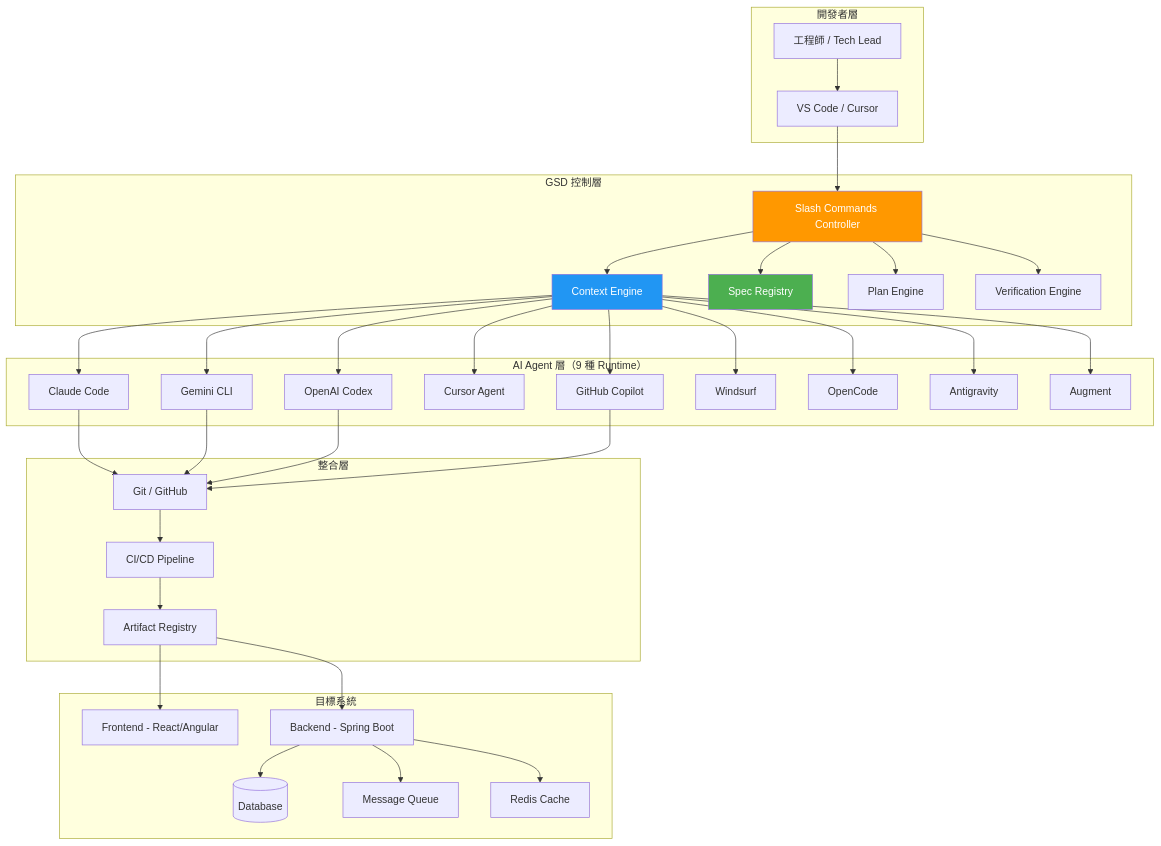
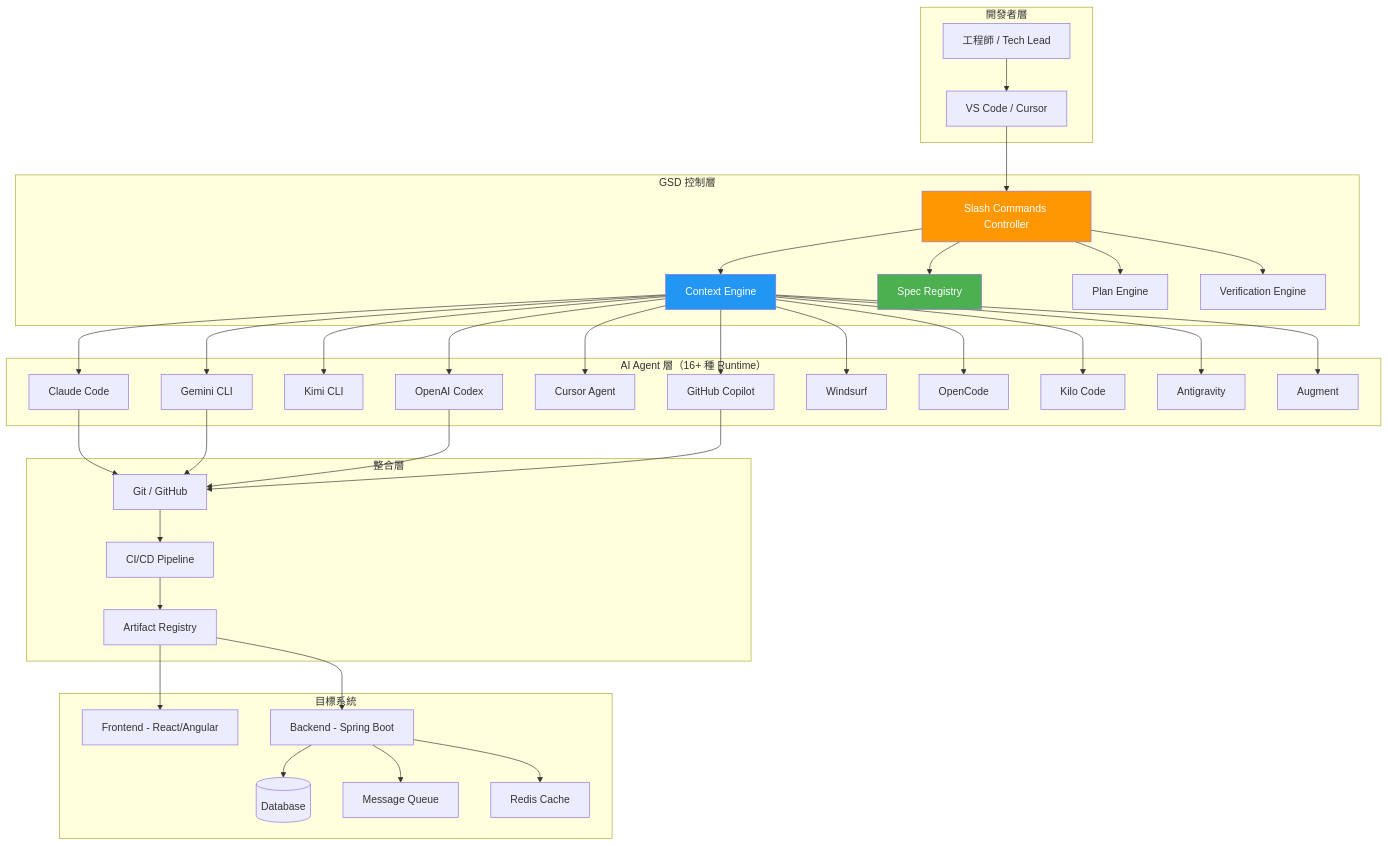
Before and after one commit to chihhung/Blog: the seventh of 27 diagrams in content/posts/教學/AI開發/get-shit-done(GSD)教學手冊.md, drawn with Mermaid. The commit also changed other lines of this file and 22 other files, not shown here.

````diff
--- a/content/posts/教學/AI開發/get-shit-done(GSD)教學手冊.md
+++ b/content/posts/教學/AI開發/get-shit-done(GSD)教學手冊.md
@@ -716,75 +842,79 @@
 ```mermaid
 graph TB
     subgraph "開發者層"
         Dev[工程師 / Tech Lead]
         IDE[VS Code / Cursor]
     end
     
     subgraph "GSD 控制層"
         CMD[Slash Commands Controller]
         CTX[Context Engine]
         SPEC[Spec Registry]
         PLAN[Plan Engine]
         VER[Verification Engine]
     end
     
-    subgraph "AI Agent 層（9 種 Runtime）"
+    subgraph "AI Agent 層（16+ 種 Runtime）"
         Claude[Claude Code]
         Gemini[Gemini CLI]
+        Kimi[Kimi CLI]
         Codex[OpenAI Codex]
         Cursor[Cursor Agent]
         Copilot[GitHub Copilot]
         Windsurf[Windsurf]
         OpenCode[OpenCode]
+        Kilo[Kilo Code]
         Antigravity[Antigravity]
         Augment[Augment]
     end
     
     subgraph "整合層"
         Git[Git / GitHub]
         CI[CI/CD Pipeline]
         Artifact[Artifact Registry]
     end
     
     subgraph "目標系統"
         FE[Frontend - React/Angular]
         BE[Backend - Spring Boot]
         DB[(Database)]
         MQ[Message Queue]
         Cache[Redis Cache]
     end
     
     Dev --> IDE
     IDE --> CMD
     CMD --> CTX
     CMD --> SPEC
     CMD --> PLAN
     CMD --> VER
     
     CTX --> Claude
     CTX --> Gemini
+    CTX --> Kimi
     CTX --> Codex
     CTX --> Cursor
     CTX --> Copilot
     CTX --> Windsurf
     CTX --> OpenCode
+    CTX --> Kilo
     CTX --> Antigravity
     CTX --> Augment
     
     Claude --> Git
     Gemini --> Git
     Codex --> Git
     Copilot --> Git
     Git --> CI
     CI --> Artifact
     
     Artifact --> FE
     Artifact --> BE
     BE --> DB
     BE --> MQ
     BE --> Cache
     
     style CMD fill:#ff9800,color:#fff
     style CTX fill:#2196f3,color:#fff
     style SPEC fill:#4caf50,color:#fff
 ```
````
